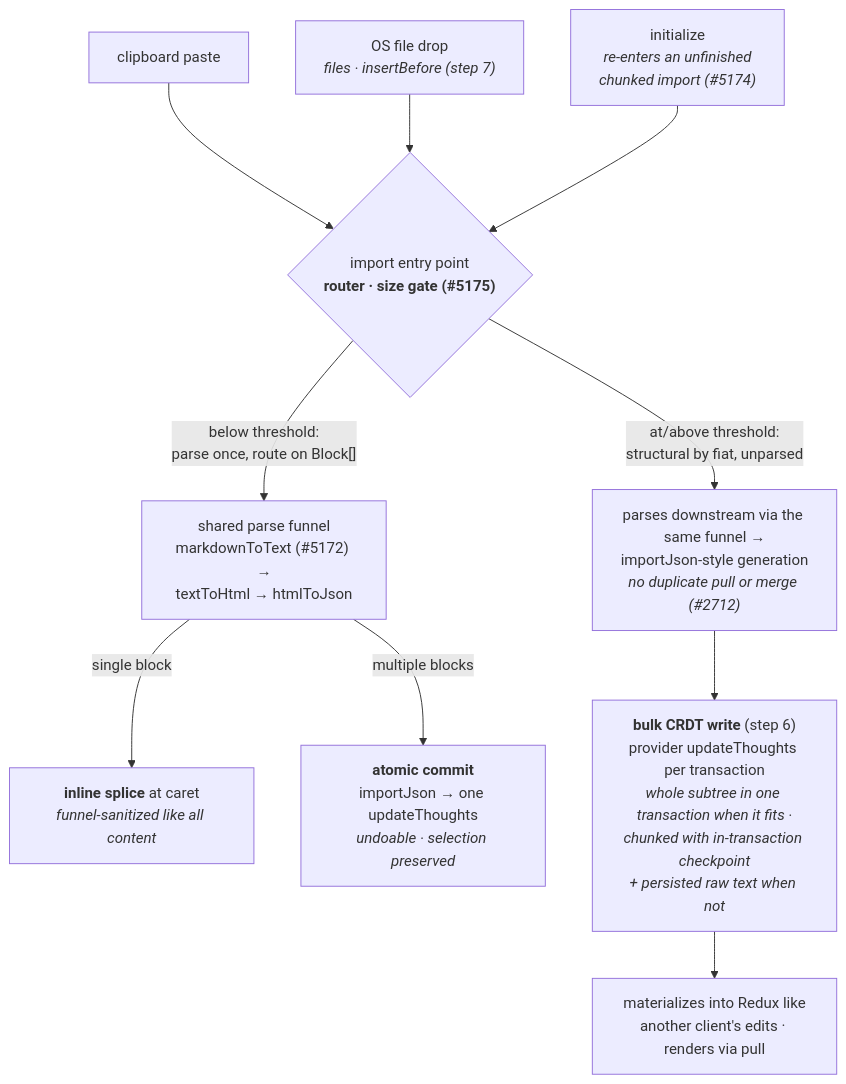
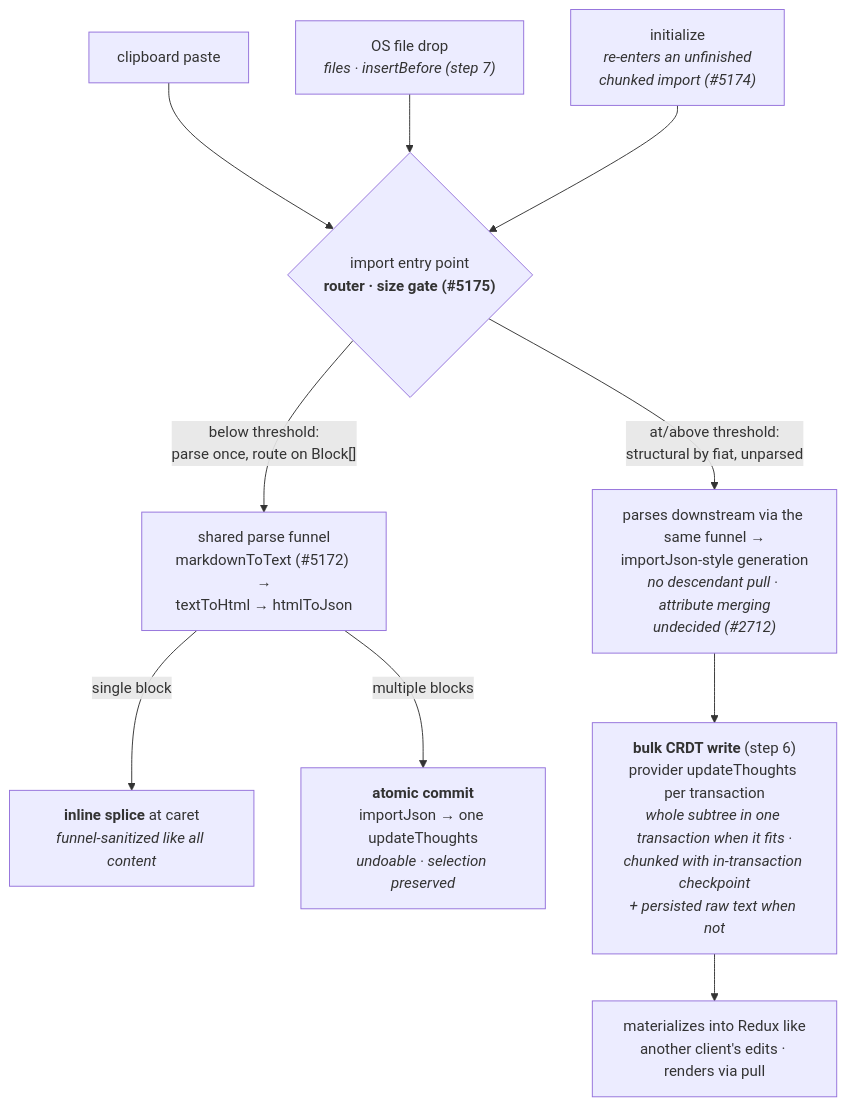
Before and after one commit to cybersemics/em: the third of 3 diagrams in docs/import-pipeline.md, drawn with Mermaid. The commit also changed other lines of this file, not shown here.

Commit message:
docs(import-pipeline): both executors merge only attributes since #4539

````diff
--- a/docs/import-pipeline.md
+++ b/docs/import-pipeline.md
@@ -257,17 +257,17 @@
 ```mermaid
 flowchart TD
     paste["clipboard paste"] --> entry
     dnd["OS file drop<br/><i>files · insertBefore (step 7)</i>"] --> entry
     resume["initialize<br/><i>re-enters an unfinished<br/>chunked import (#5174)</i>"] --> entry
 
     entry{"import entry point<br/><b>router · size gate (#5175)</b>"}
     entry -- "below threshold:<br/>parse once, route on Block[]" --> funnel
     entry -- "at/above threshold:<br/>structural by fiat, unparsed" --> bulkgen
 
     funnel["shared parse funnel<br/>markdownToText (#5172) →<br/>textToHtml → htmlToJson"]
     funnel -- "single block" --> splice["<b>inline splice</b> at caret<br/><i>funnel-sanitized like all content</i>"]
     funnel -- "multiple blocks" --> atomic["<b>atomic commit</b><br/>importJson → one updateThoughts<br/><i>undoable · selection preserved</i>"]
 
-    bulkgen["parses downstream via the same funnel →<br/>importJson-style generation<br/><i>no duplicate pull or merge (#2712)</i>"] --> write["<b>bulk CRDT write</b> (step 6)<br/>provider updateThoughts per transaction<br/><i>whole subtree in one transaction when it fits ·<br/>chunked with in-transaction checkpoint<br/>+ persisted raw text when not</i>"]
+    bulkgen["parses downstream via the same funnel →<br/>importJson-style generation<br/><i>no descendant pull · attribute merging<br/>undecided (#2712)</i>"] --> write["<b>bulk CRDT write</b> (step 6)<br/>provider updateThoughts per transaction<br/><i>whole subtree in one transaction when it fits ·<br/>chunked with in-transaction checkpoint<br/>+ persisted raw text when not</i>"]
     write --> ingest["materializes into Redux like<br/>another client's edits · renders via pull"]
 ```
````
